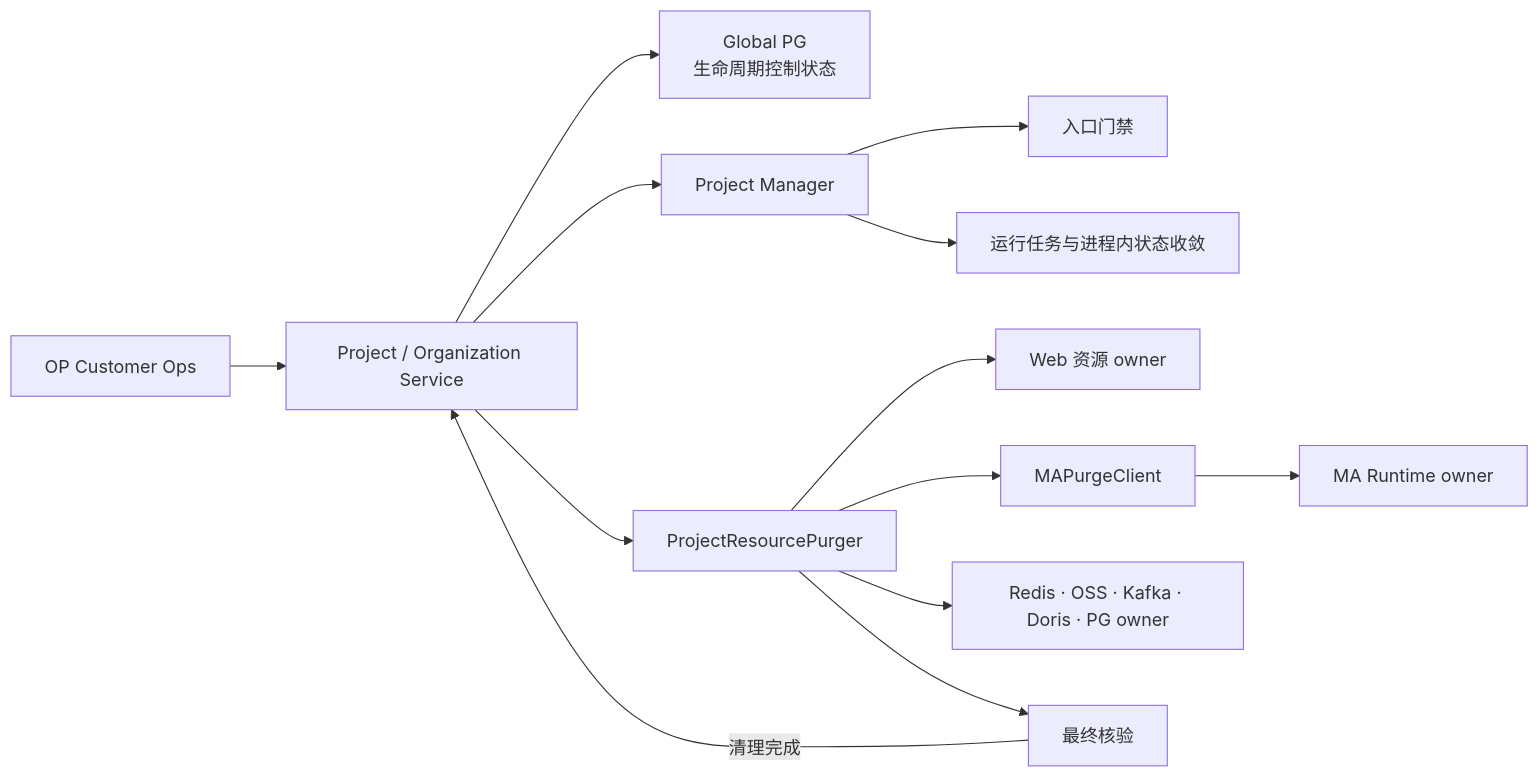
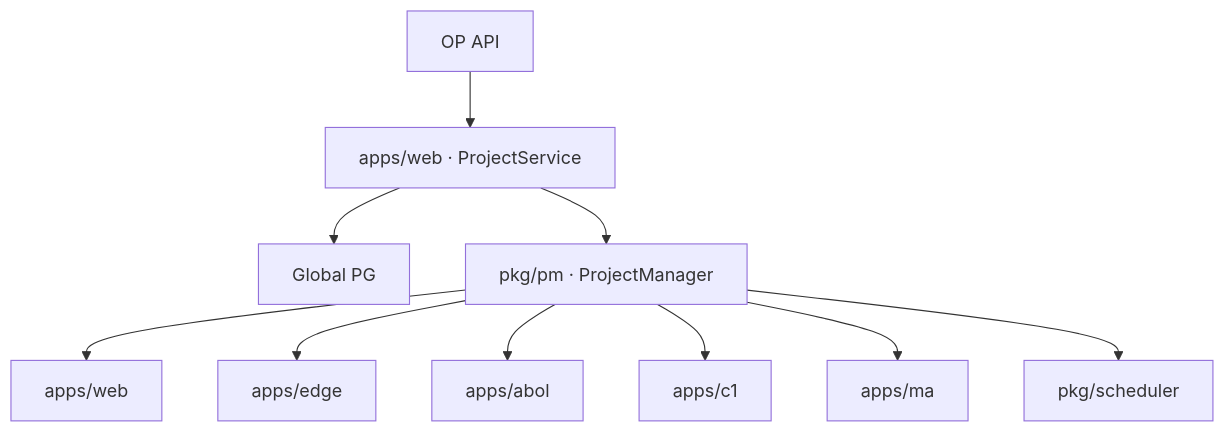
The second of 20 diagrams in specs/20260716-Wave-Refac-OrganizationProjectLifecycle/04-detail.md (qinwenshiCH/workflow), drawn with Mermaid before and after one commit. The commit also changed other lines of this file and 4 other files, not shown here.

````diff
--- a/specs/20260716-Wave-Refac-OrganizationProjectLifecycle/04-detail.md
+++ b/specs/20260716-Wave-Refac-OrganizationProjectLifecycle/04-detail.md
@@ -40,17 +68,13 @@
 ```mermaid
-flowchart LR
-    OP["OP Customer Ops"] --> Service["Project / Organization Service"]
-    Service --> Global["Global PG<br/>生命周期控制状态"]
-    Service --> PM["Project Manager"]
-    Service --> Purger["ProjectResourcePurger"]
+flowchart TD
+    OP["OP API"] --> PS["apps/web · ProjectService"]
+    PS --> PG["Global PG"]
+    PS --> PM["pkg/pm · ProjectManager"]
 
-    PM --> Gate["入口门禁"]
-    PM --> Runtime["运行任务与进程内状态收敛"]
-
-    Purger --> WebOwner["Web 资源 owner"]
-    Purger --> MAClient["MAPurgeClient"]
-    MAClient --> MARuntime["MA Runtime owner"]
-    Purger --> InfraOwner["Redis · OSS · Kafka · Doris · PG owner"]
-    Purger --> FinalVerify["最终核验"]
-    FinalVerify -->|"清理完成"| Service
+    PM --> Web["apps/web"]
+    PM --> Edge["apps/edge"]
+    PM --> Abol["apps/abol"]
+    PM --> C1["apps/c1"]
+    PM --> MA["apps/ma"]
+    PM --> Sched["pkg/scheduler"]
 ```
````
